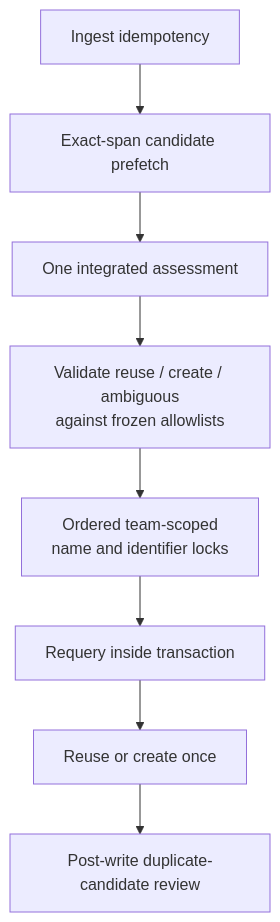
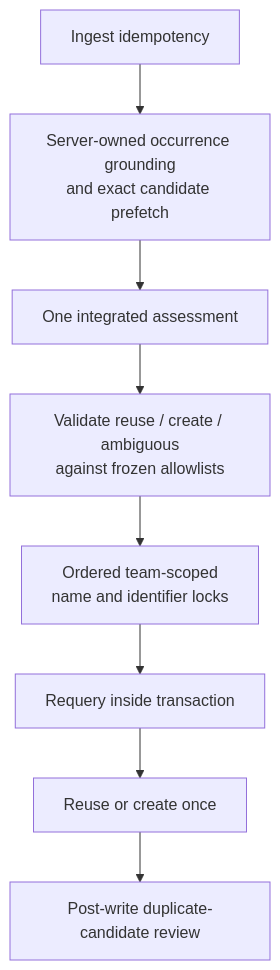
One commit to markhuangai/dense-mem changed the seventh of 7 diagrams in Entity-Identity-And-Resolution.md. Above: the diagram before and after it, drawn with Mermaid. The commit also changed other lines of this file and 24 other files, not shown here.

````diff
--- a/Entity-Identity-And-Resolution.md
+++ b/Entity-Identity-And-Resolution.md
@@ -336,11 +344,11 @@
 ```mermaid
 %%{init: {"flowchart": {"curve": "linear"}}}%%
 flowchart TD
-  Idempotency["Ingest idempotency"] --> Candidates["Exact-span candidate prefetch"]
+  Idempotency["Ingest idempotency"] --> Candidates["Server-owned occurrence grounding<br/>and exact candidate prefetch"]
   Candidates --> Assess["One integrated assessment"]
   Assess --> Validate["Validate reuse / create / ambiguous<br/>against frozen allowlists"]
   Validate --> Lock["Ordered team-scoped<br/>name and identifier locks"]
   Lock --> Recheck["Requery inside transaction"]
   Recheck --> Write["Reuse or create once"]
   Write --> Detect["Post-write duplicate-candidate review"]
 ```
````
